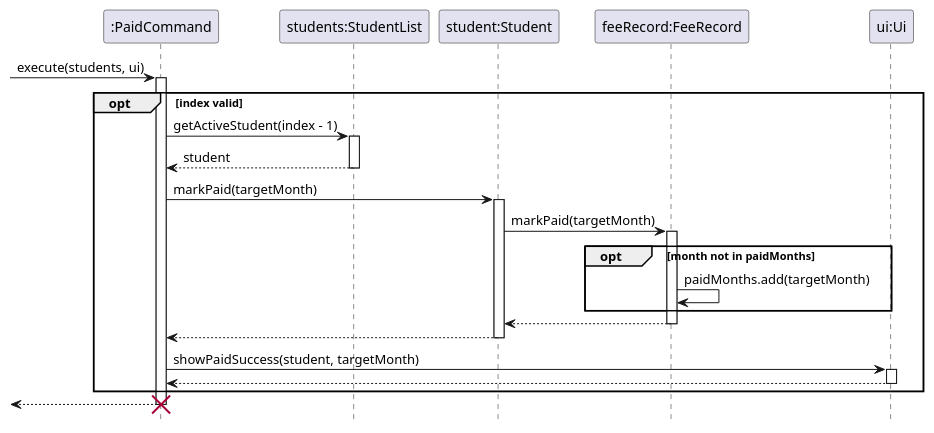
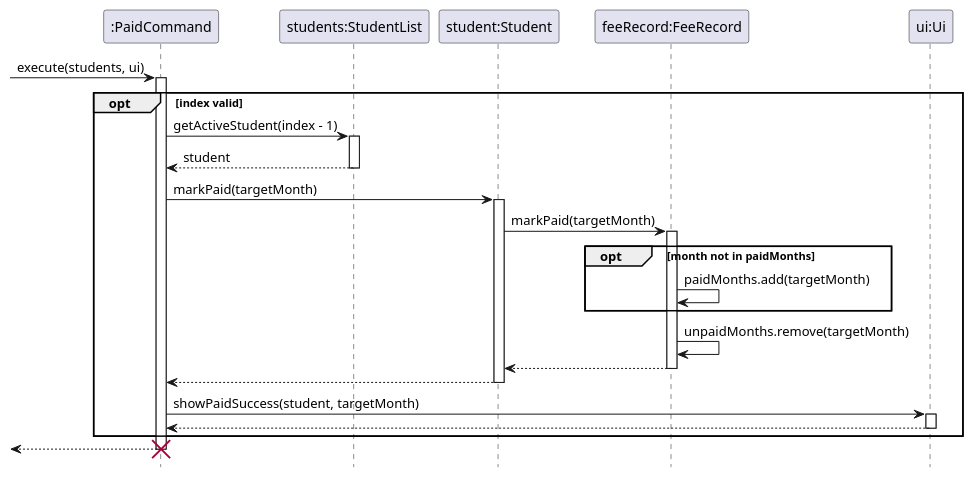
Before and after one commit to Alex-Chen-666/tp: the diagram in docs/diagrams/PaidSequenceDiagram.puml, drawn with PlantUML. The commit also changed 4 other files, not shown here.

```diff
--- a/docs/diagrams/PaidSequenceDiagram.puml
+++ b/docs/diagrams/PaidSequenceDiagram.puml
@@ -1,46 +1,48 @@
 @startuml
 hide footbox
 skinparam ArrowFontStyle normal
 
 participant ":PaidCommand" as PC
 participant "students:StudentList" as SL
 participant "student:Student" as S
 participant "feeRecord:FeeRecord" as FR
 participant "ui:Ui" as Ui
 
 [-> PC : execute(students, ui)
 activate PC
 
 opt index valid
 
     PC -> SL : getActiveStudent(index - 1)
     activate SL
     SL --> PC : student
     deactivate SL
 
     PC -> S : markPaid(targetMonth)
     activate S
     S -> FR : markPaid(targetMonth)
     activate FR
 
     opt month not in paidMonths
         FR -> FR : paidMonths.add(targetMonth)
     end
 
+    FR -> FR : unpaidMonths.remove(targetMonth)
     FR --> S
     deactivate FR
+
     S --> PC
     deactivate S
 
     PC -> Ui : showPaidSuccess(student, targetMonth)
     activate Ui
     Ui --> PC
     deactivate Ui
 
 end
 
 [<-- PC
 deactivate PC
 destroy PC
 
 @enduml
```
